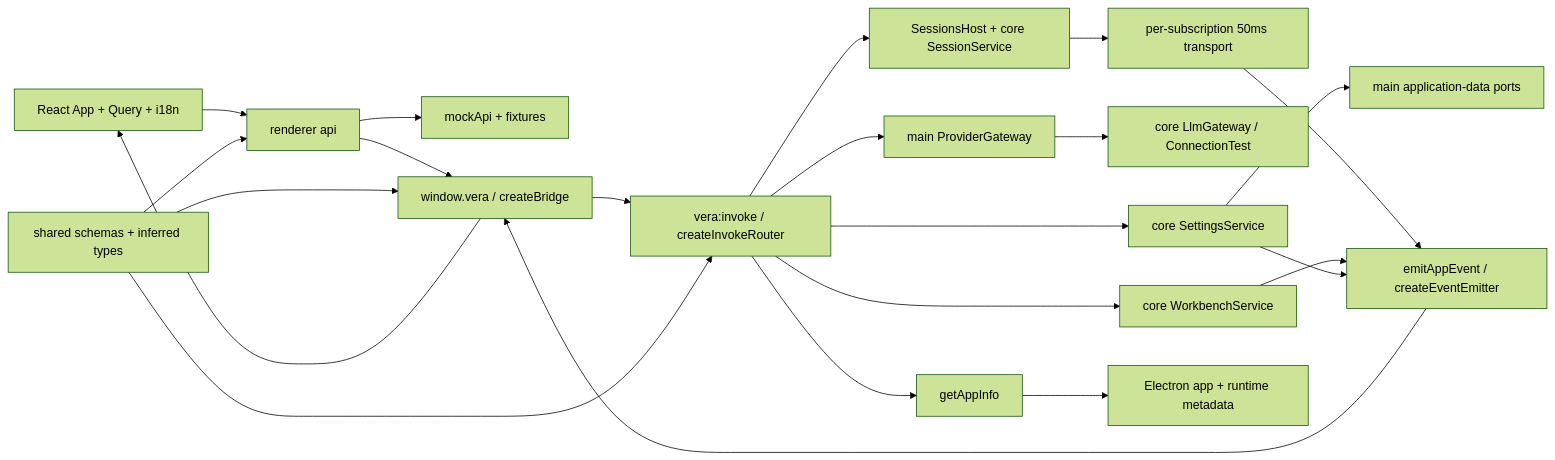
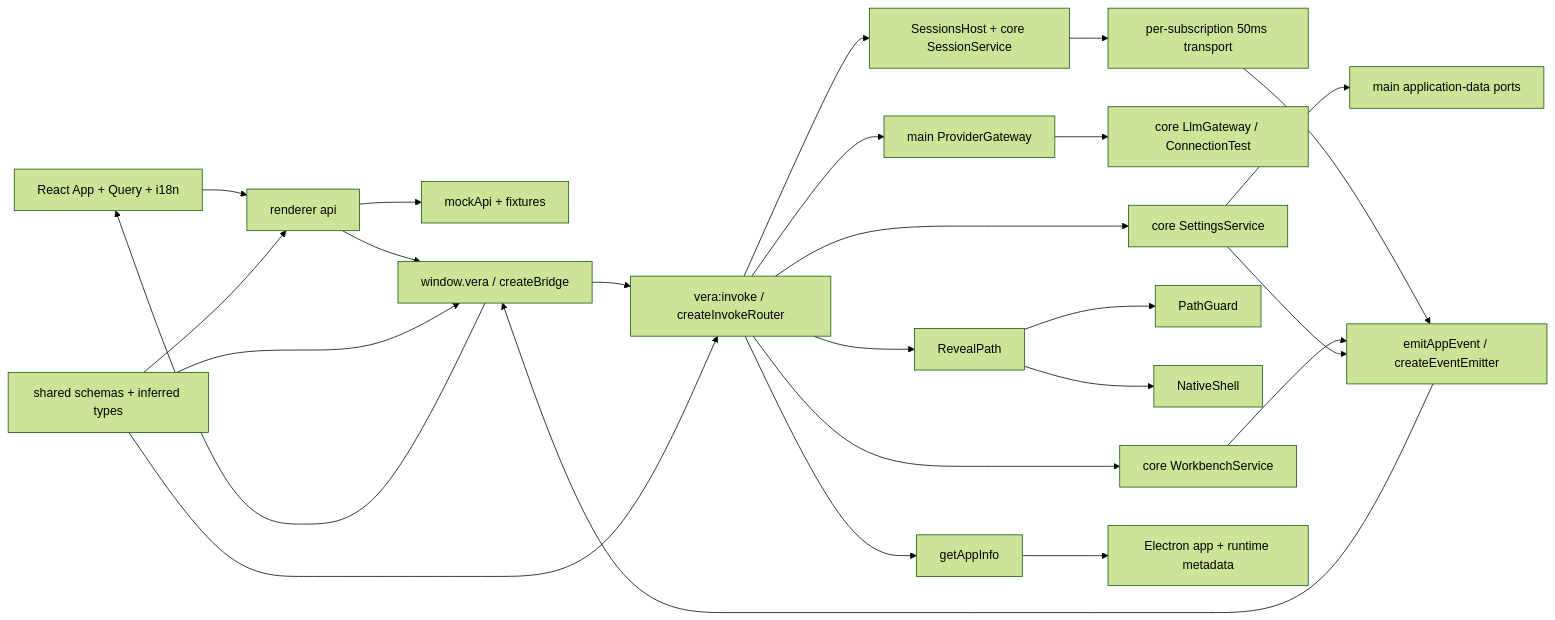
Before and after one commit to DDP-Engineering/2026_Virtual_Embedded_Rig_Assistant: the diagram in .agentic/knowledge/ipc-boundary.md, drawn with Mermaid (forest theme). The commit also changed other lines of this file and 44 other files, not shown here.

````diff
--- a/.agentic/knowledge/ipc-boundary.md
+++ b/.agentic/knowledge/ipc-boundary.md
@@ -78,24 +79,27 @@
 ```mermaid
 flowchart LR
   UI[React App + Query + i18n] --> API[renderer api]
   API --> MOCK[mockApi + fixtures]
   API --> PRE[window.vera / createBridge]
   PRE --> ROUTER[vera:invoke / createInvokeRouter]
   ROUTER --> INFO[getAppInfo]
   ROUTER --> SETTINGS[core SettingsService]
   ROUTER --> GATEWAY[main ProviderGateway]
   GATEWAY --> LLM[core LlmGateway / ConnectionTest]
   ROUTER --> WORKBENCH[core WorkbenchService]
   ROUTER --> SESSIONS[SessionsHost + core SessionService]
+  ROUTER --> RevealPath
+  RevealPath --> PathGuard
+  RevealPath --> NativeShell
   SESSIONS --> COALESCE[per-subscription 50ms transport]
   COALESCE --> EMIT
   WORKBENCH --> EMIT
   SETTINGS --> PORTS[main application-data ports]
   SETTINGS --> EMIT
   INFO --> HOST[Electron app + runtime metadata]
   EMIT[emitAppEvent / createEventEmitter] --> PRE
   PRE --> UI
   SHARED[shared schemas + inferred types] --> ROUTER
   SHARED --> PRE
   SHARED --> API
 ```
````
